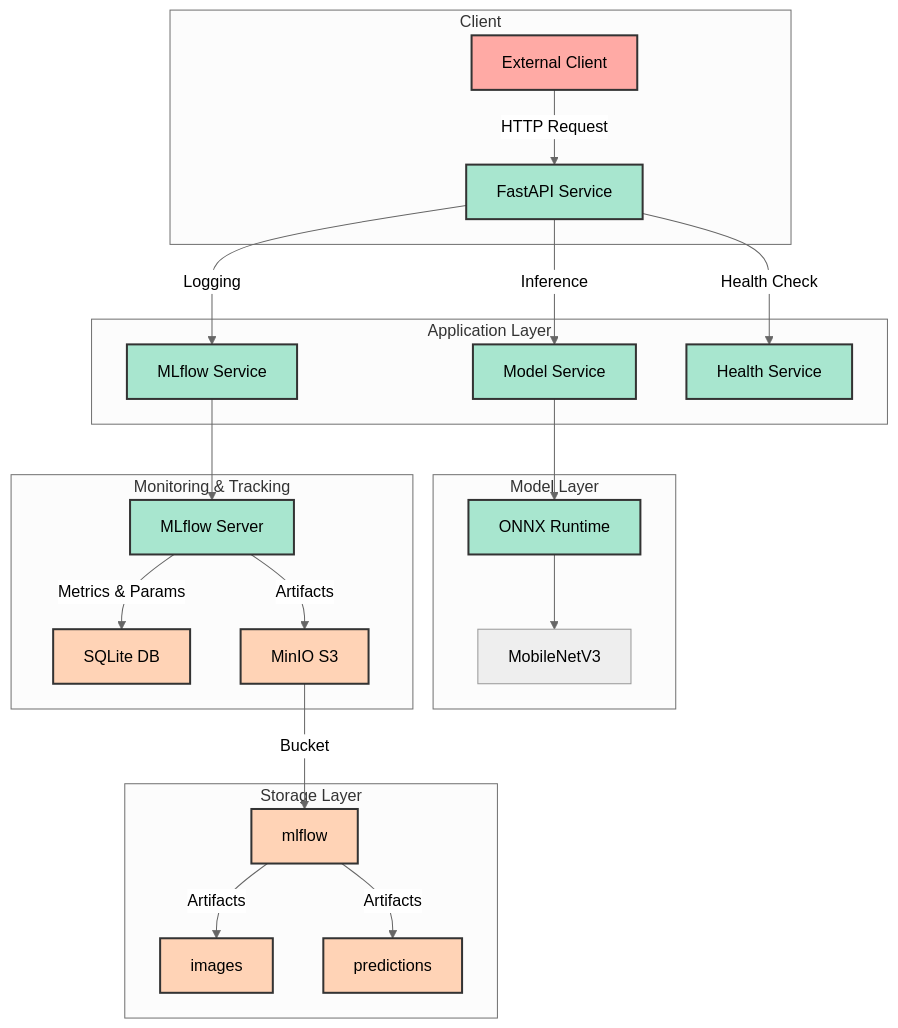
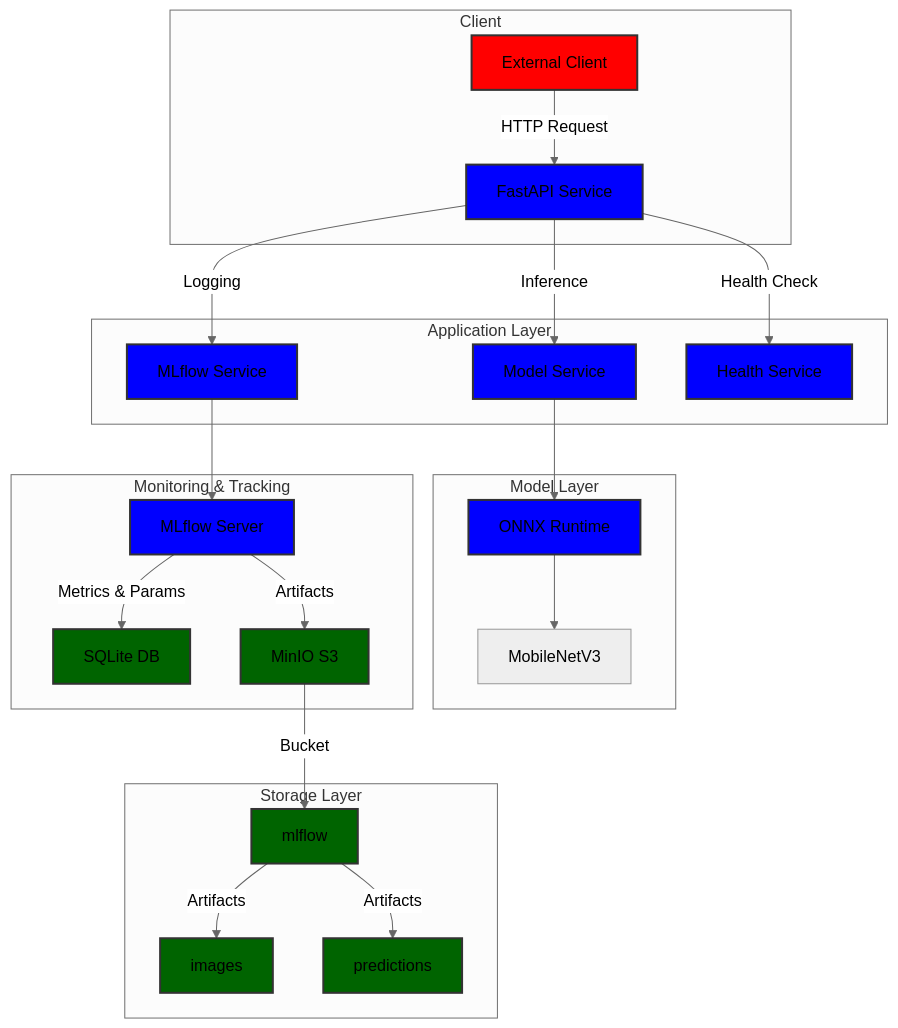
Before and after one commit to genii01/mlflow_test: the diagram in README.md, drawn with Mermaid (neutral theme).

Commit message:
mermaid block color modi

````diff
--- a/README.md
+++ b/README.md
@@ -30,31 +30,31 @@
 ```mermaid
 graph TB
 subgraph Client
 A[External Client] --> |HTTP Request| B[FastAPI Service]
 end
 subgraph Application Layer
 B --> |Inference| C[Model Service]
 B --> |Logging| D[MLflow Service]
 B --> |Health Check| E[Health Service]
 end
 subgraph Model Layer
 C --> F[ONNX Runtime]
 F --> G[MobileNetV3]
 end
 subgraph Monitoring & Tracking
 D --> H[MLflow Server]
 H --> |Metrics & Params| I[SQLite DB]
 H --> |Artifacts| J[MinIO S3]
 end
 subgraph Storage Layer
 J --> |Bucket| K[mlflow]
 K --> |Artifacts| L[images]
 K --> |Artifacts| M[predictions]
 end
-classDef service fill:#a8e6cf,stroke:#333,stroke-width:2px
-classDef storage fill:#ffd3b6,stroke:#333,stroke-width:2px
-classDef client fill:#ffaaa5,stroke:#333,stroke-width:2px
+classDef service fill:blue,stroke:#333,stroke-width:2px
+classDef storage fill:darkgreen,stroke:#333,stroke-width:2px
+classDef client fill:red,stroke:#333,stroke-width:2px
 class A client
 class B,C,D,E,F,H service
 class I,J,K,L,M storage
 ```
````
